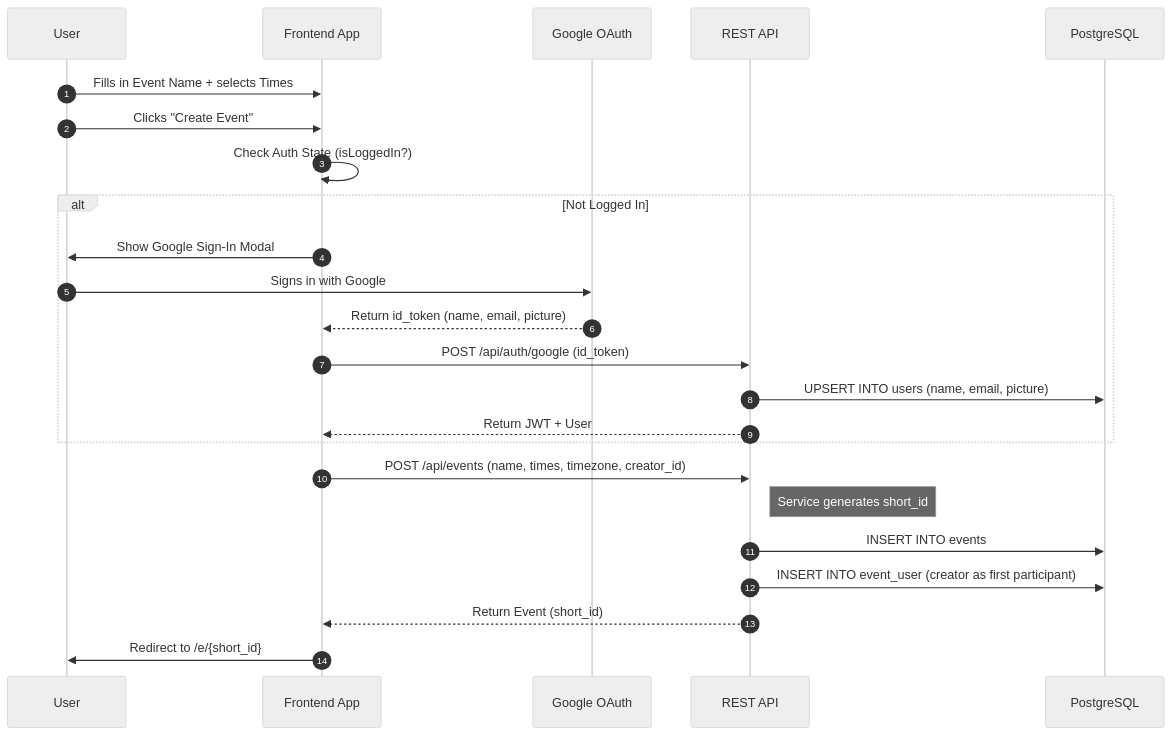
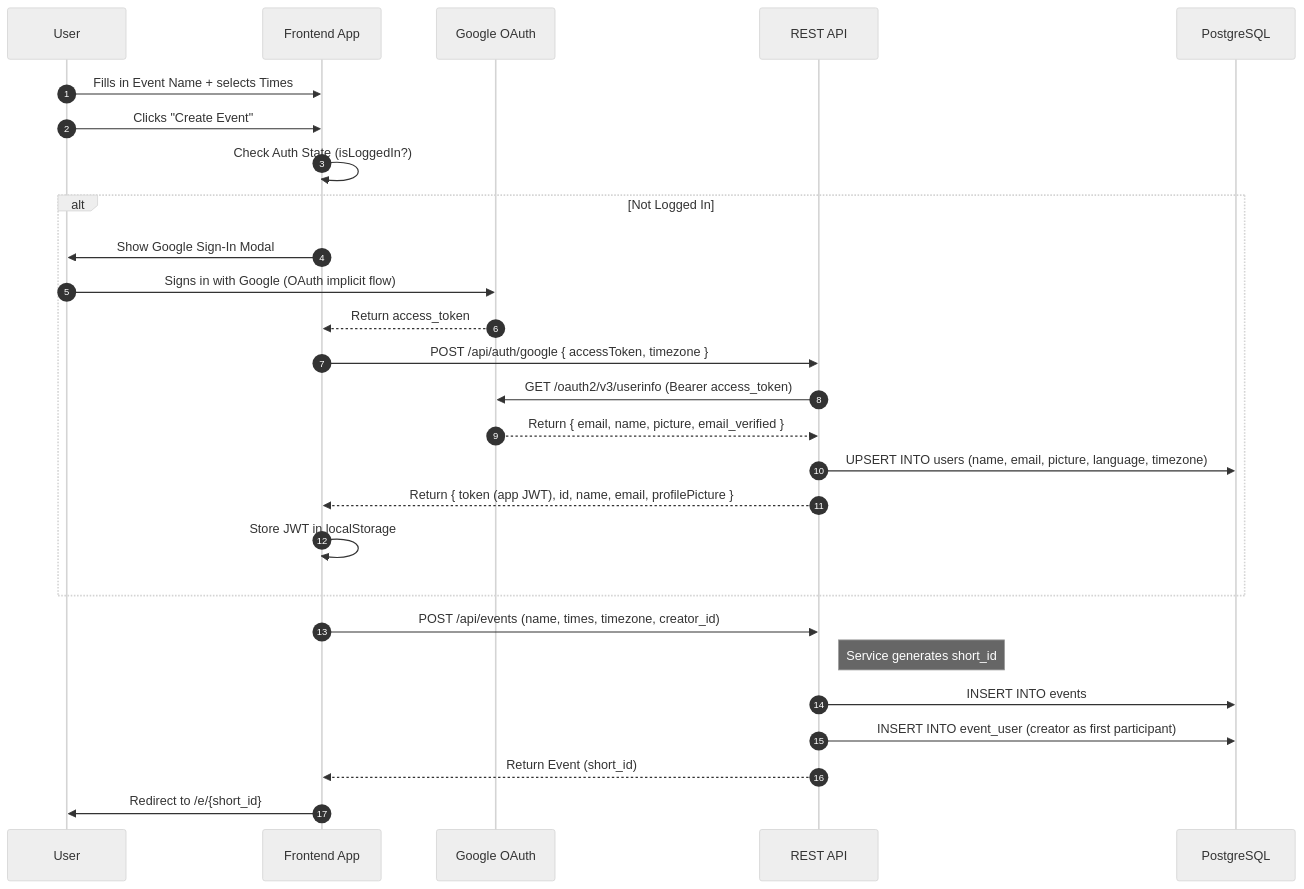
Before and after one commit to taltech-vanemarendajaks/team-25-gatherr: the first of 3 diagrams in SoW.md, drawn with Mermaid (neutral theme). The commit also changed other lines of this file and 6 other files, not shown here.

````diff
--- a/SoW.md
+++ b/SoW.md
@@ -246,31 +246,34 @@
 ```mermaid
 sequenceDiagram
 autonumber
 
 participant U  as User
 participant FE as Frontend App
 participant G  as Google OAuth
 participant BE as REST API
 participant DB as PostgreSQL
 
 U->>FE: Fills in Event Name + selects Times
 U->>FE: Clicks "Create Event"
 
 FE->>FE: Check Auth State (isLoggedIn?)
 
 alt Not Logged In
     FE->>U: Show Google Sign-In Modal
-    U->>G: Signs in with Google
-    G-->>FE: Return id_token (name, email, picture)
-    FE->>BE: POST /api/auth/google (id_token)
-    BE->>DB: UPSERT INTO users (name, email, picture)
-    BE-->>FE: Return JWT + User
+    U->>G: Signs in with Google (OAuth implicit flow)
+    G-->>FE: Return access_token
+    FE->>BE: POST /api/auth/google { accessToken, timezone }
+    BE->>G: GET /oauth2/v3/userinfo (Bearer access_token)
+    G-->>BE: Return { email, name, picture, email_verified }
+    BE->>DB: UPSERT INTO users (name, email, picture, language, timezone)
+    BE-->>FE: Return { token (app JWT), id, name, email, profilePicture }
+    FE->>FE: Store JWT in localStorage
 end
 
 FE->>BE: POST /api/events (name, times, timezone, creator_id)
 Note right of BE: Service generates short_id
 BE->>DB: INSERT INTO events
 BE->>DB: INSERT INTO event_user (creator as first participant)
 BE-->>FE: Return Event (short_id)
 FE->>U: Redirect to /e/{short_id}
 ```
````
